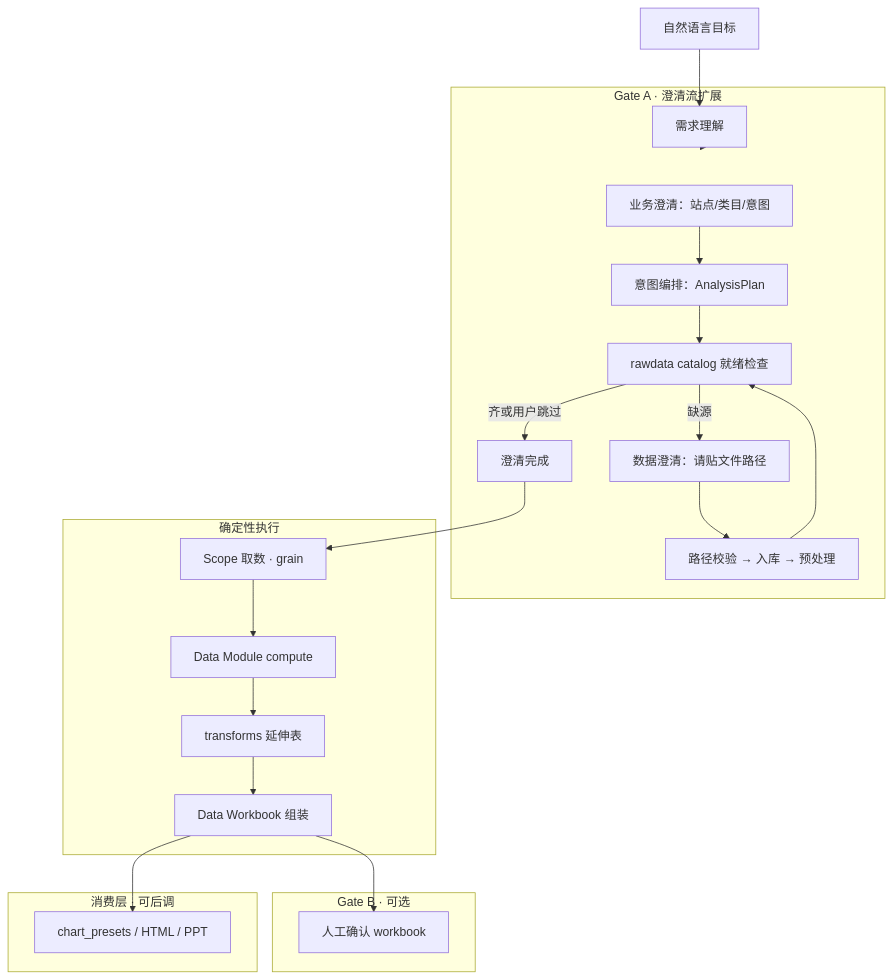
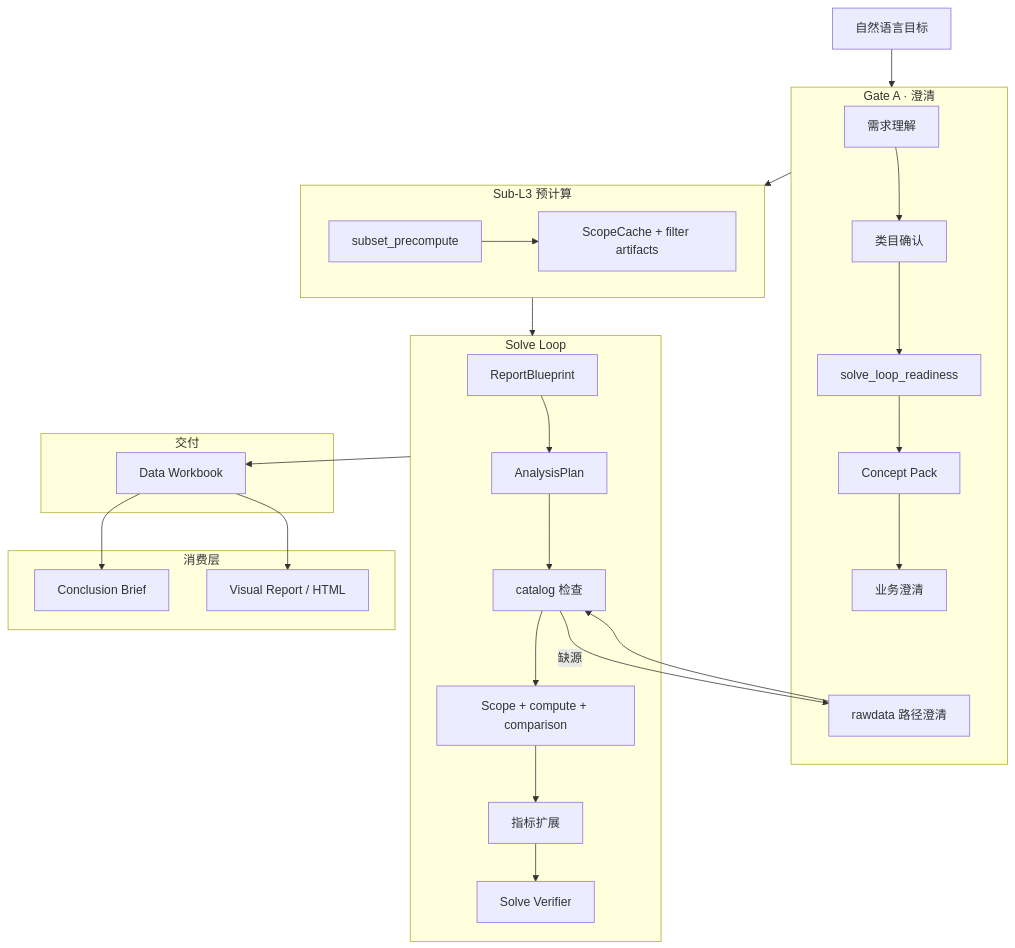
The second of 4 diagrams in docs/CATEMATE_V2_DESIGN_OVERVIEW.md (coco20020806/CateMate-Version-1.0-), drawn with Mermaid before and after one commit. The commit also changed other lines of this file and 88 other files, not shown here.

First line of the commit message:
release(v1.2.0): Sub-L3 precompute, comparison scopes, and workbook consumption layer.

````diff
--- a/docs/CATEMATE_V2_DESIGN_OVERVIEW.md
+++ b/docs/CATEMATE_V2_DESIGN_OVERVIEW.md
@@ -51,37 +87,44 @@
 ```mermaid
 flowchart TB
   NL[自然语言目标]
 
-  subgraph gateA [Gate A · 澄清流扩展]
+  subgraph gateA [Gate A · 澄清]
     U[需求理解]
-    CL1[业务澄清：站点/类目/意图]
-    ORCH[意图编排：AnalysisPlan]
-    CHECK[rawdata catalog 就绪检查]
-    CL2[数据澄清：请贴文件路径]
-    INGEST[路径校验 → 入库 → 预处理]
-    CL1 --> ORCH --> CHECK
-    CHECK -->|缺源| CL2 --> INGEST --> CHECK
-    CHECK -->|齐或用户跳过| DONE_A[澄清完成]
+    CAT[类目确认]
+    READY[solve_loop_readiness]
+    CP[Concept Pack]
+    CL1[业务澄清]
+    CL2[rawdata 路径澄清]
+    U --> CAT --> READY --> CP --> CL1
   end
 
-  subgraph exec [确定性执行]
-    SCOPE[Scope 取数 · grain]
-    COMP[Data Module compute]
-    TR[transforms 延伸表]
-    WB[Data Workbook 组装]
+  subgraph pre [Sub-L3 预计算]
+    PRE[subset_precompute]
+    CACHE[ScopeCache + filter artifacts]
+    PRE --> CACHE
   end
 
-  subgraph gateB [Gate B · 可选]
-    CONF[人工确认 workbook]
+  subgraph solve [Solve Loop]
+    BP[ReportBlueprint]
+    PLAN[AnalysisPlan]
+    CHECK[catalog 检查]
+    EXEC[Scope + compute + comparison]
+    ADV[指标扩展]
+    VF[Solve Verifier]
+    BP --> PLAN --> CHECK --> EXEC --> ADV --> VF
   end
 
-  subgraph consume [消费层 · 可后调]
-    CHART[chart_presets / HTML / PPT]
+  subgraph deliver [交付]
+    WB[Data Workbook]
   end
 
-  NL --> U
-  U --> gateA
-  DONE_A --> SCOPE --> COMP --> TR --> WB
-  WB --> CONF
-  WB --> CHART
+  subgraph consume [消费层]
+    BRIEF[Conclusion Brief]
+    VR[Visual Report / HTML]
+  end
+
+  NL --> gateA --> pre --> solve --> WB
+  CHECK -->|缺源| CL2 --> CHECK
+  WB --> BRIEF
+  WB --> VR
 ```
````
